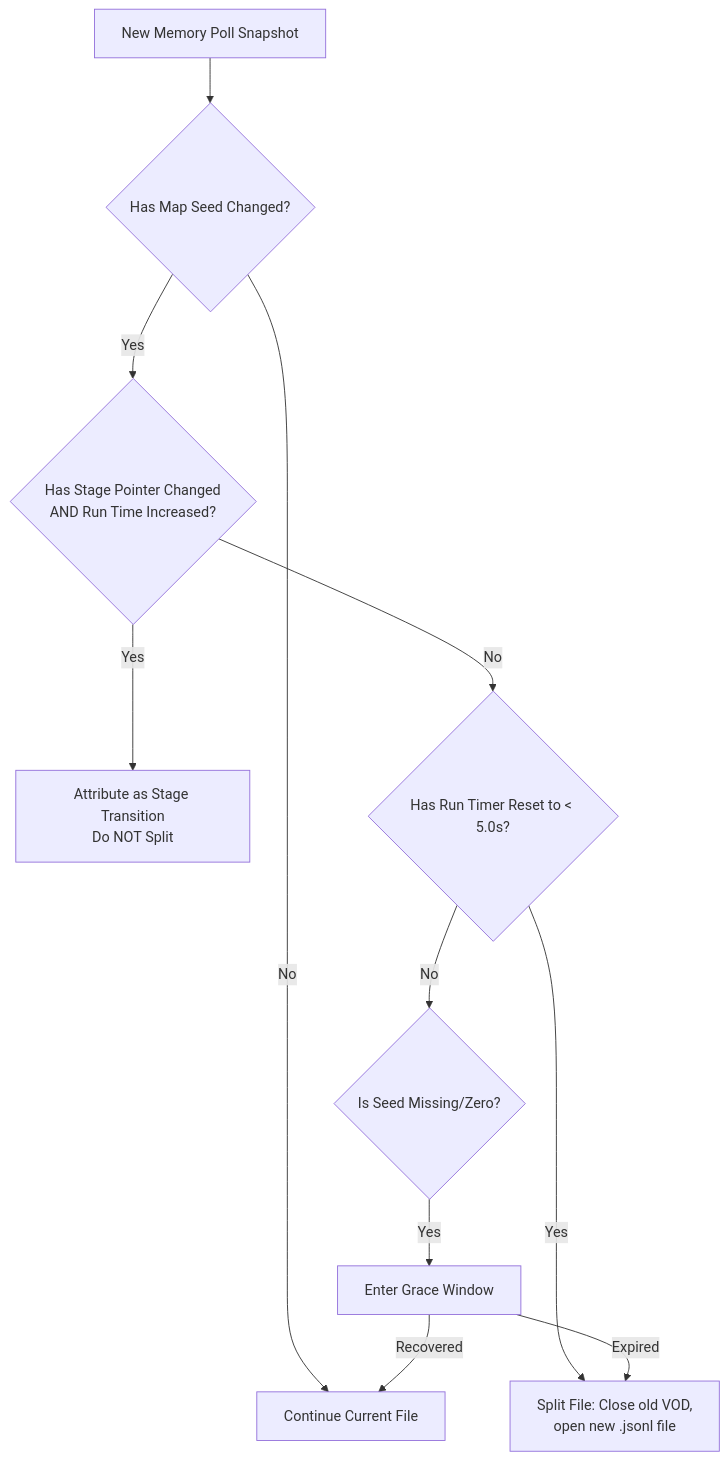
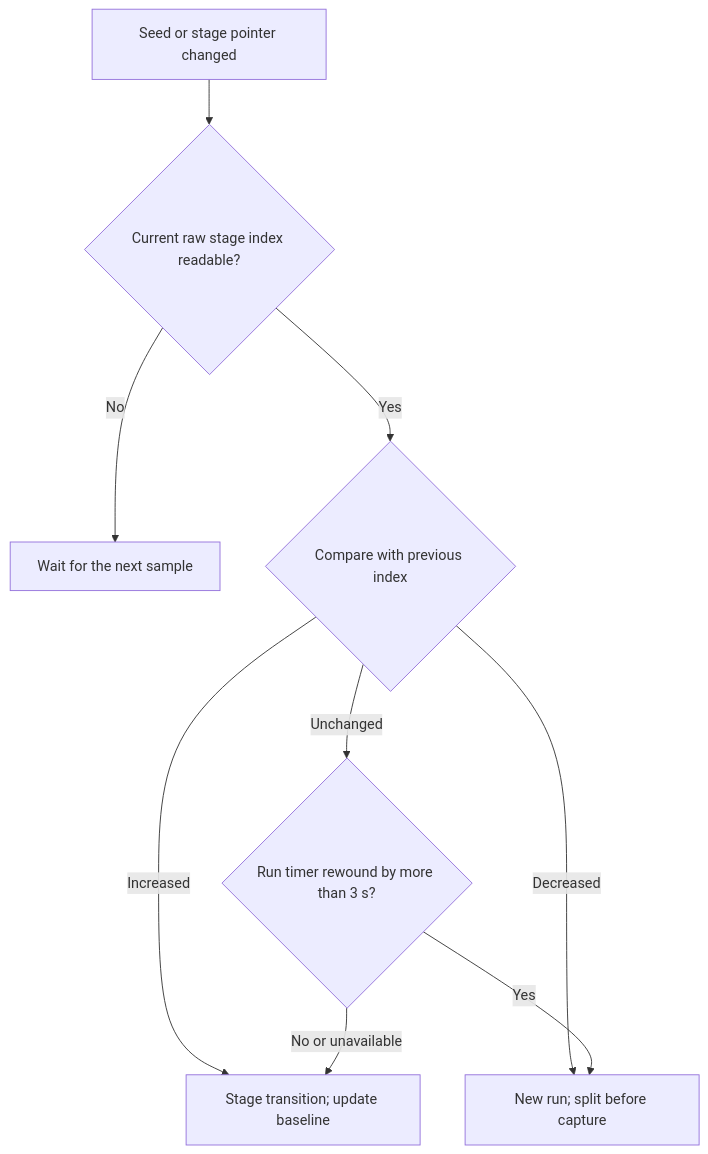
One commit to ALuiell/BonkScanner changed the diagram in docs/wiki/Recordings_and_VODs.md. Above: the diagram before and after it, drawn with Mermaid. The commit also changed other lines of this file and 30 other files, not shown here.

````diff
--- a/docs/wiki/Recordings_and_VODs.md
+++ b/docs/wiki/Recordings_and_VODs.md
@@ -93,17 +138,11 @@
 ```mermaid
-graph TD
-    Snapshot[New Memory Poll Snapshot] --> CheckSeed{Has Map Seed Changed?}
-
-    CheckSeed -- No --> Continue[Continue Current File]
-    CheckSeed -- Yes --> CheckStage{Has Stage Pointer Changed<br>AND Run Time Increased?}
-
-    CheckStage -- Yes --> StageTransition[Attribute as Stage Transition<br>Do NOT Split]
-    CheckStage -- No --> CheckTimer{Has Run Timer Reset to < 5.0s?}
-
-    CheckTimer -- Yes --> Split[Split File: Close old VOD,<br>open new .jsonl file]
-    CheckTimer -- No --> Grace{Is Seed Missing/Zero?}
-
-    Grace -- Yes --> GraceTimer[Enter Grace Window]
-    GraceTimer -- Expired --> Split
-    GraceTimer -- Recovered --> Continue
+flowchart TD
+    Identity[Seed or stage pointer changed] --> Index{Current raw stage index readable?}
+    Index -- No --> Wait[Wait for the next sample]
+    Index -- Yes --> Compare{Compare with previous index}
+    Compare -- Increased --> SameRun[Stage transition; update baseline]
+    Compare -- Decreased --> Split[New run; split before capture]
+    Compare -- Unchanged --> Timer{Run timer rewound by more than 3 s?}
+    Timer -- Yes --> Split
+    Timer -- No or unavailable --> SameRun
 ```
````
